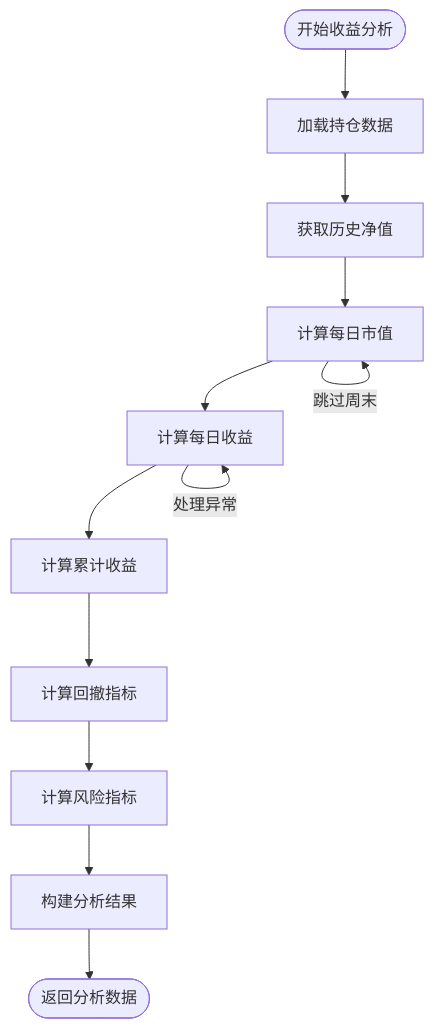
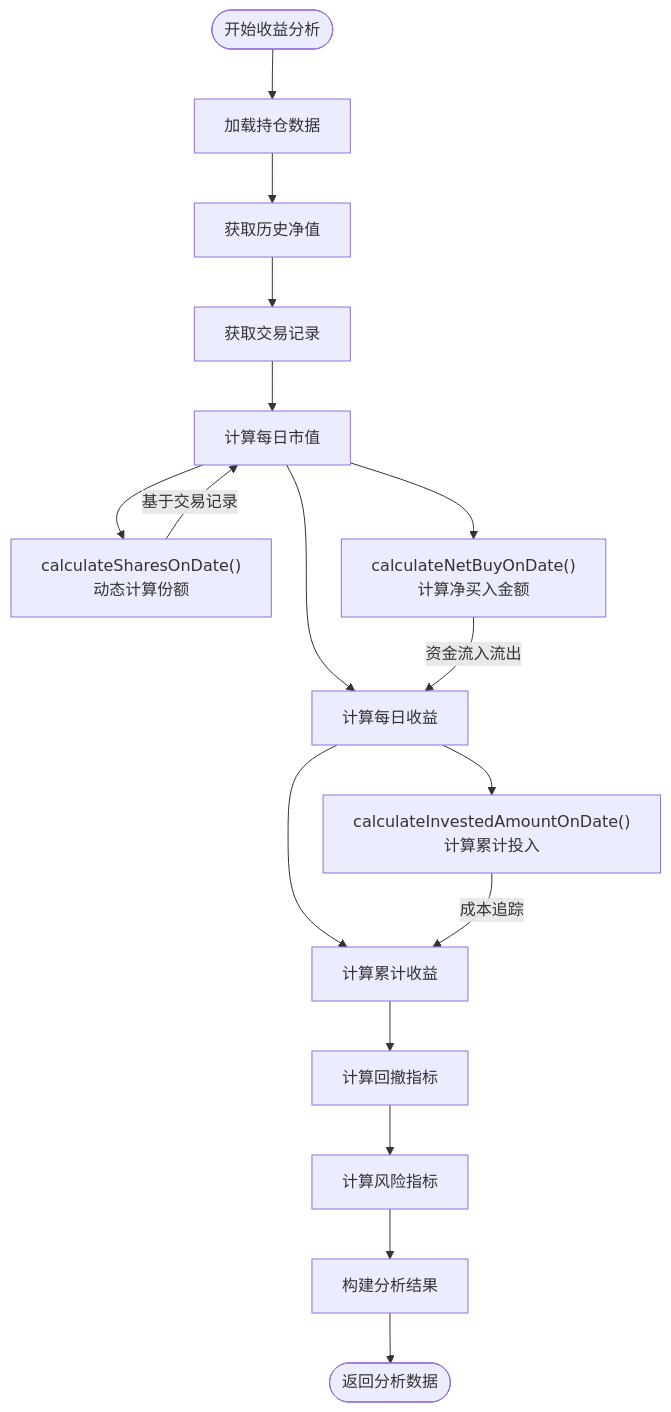
The fourth of 11 diagrams in .qoder/repowiki/zh/content/核心功能开发/收益分析系统.md (gree-coder/fund-butler), drawn with Mermaid before and after one commit. The commit also changed other lines of this file and 7 other files, not shown here.

````diff
--- a/.qoder/repowiki/zh/content/核心功能开发/收益分析系统.md
+++ b/.qoder/repowiki/zh/content/核心功能开发/收益分析系统.md
@@ -241,14 +266,19 @@
 ```mermaid
 flowchart TD
 Start([开始收益分析]) --> LoadPositions["加载持仓数据"]
 LoadPositions --> GetNavs["获取历史净值"]
-GetNavs --> CalcDailyMV["计算每日市值"]
+GetNavs --> GetTransactions["获取交易记录"]
+GetTransactions --> CalcDailyMV["计算每日市值"]
 CalcDailyMV --> CalcDailyProfits["计算每日收益"]
 CalcDailyProfits --> CalcCumulative["计算累计收益"]
 CalcCumulative --> CalcDrawdown["计算回撤指标"]
 CalcDrawdown --> CalcMetrics["计算风险指标"]
 CalcMetrics --> BuildResult["构建分析结果"]
 BuildResult --> End([返回分析数据])
-CalcDailyMV --> |跳过周末| CalcDailyMV
-CalcDailyProfits --> |处理异常| CalcDailyProfits
+CalcDailyMV --> CalcShares["calculateSharesOnDate()<br/>动态计算份额"]
+CalcDailyMV --> CalcNetBuy["calculateNetBuyOnDate()<br/>计算净买入金额"]
+CalcDailyProfits --> CalcInvested["calculateInvestedAmountOnDate()<br/>计算累计投入"]
+CalcShares --> |基于交易记录| CalcDailyMV
+CalcNetBuy --> |资金流入流出| CalcDailyProfits
+CalcInvested --> |成本追踪| CalcCumulative
 ```
````
